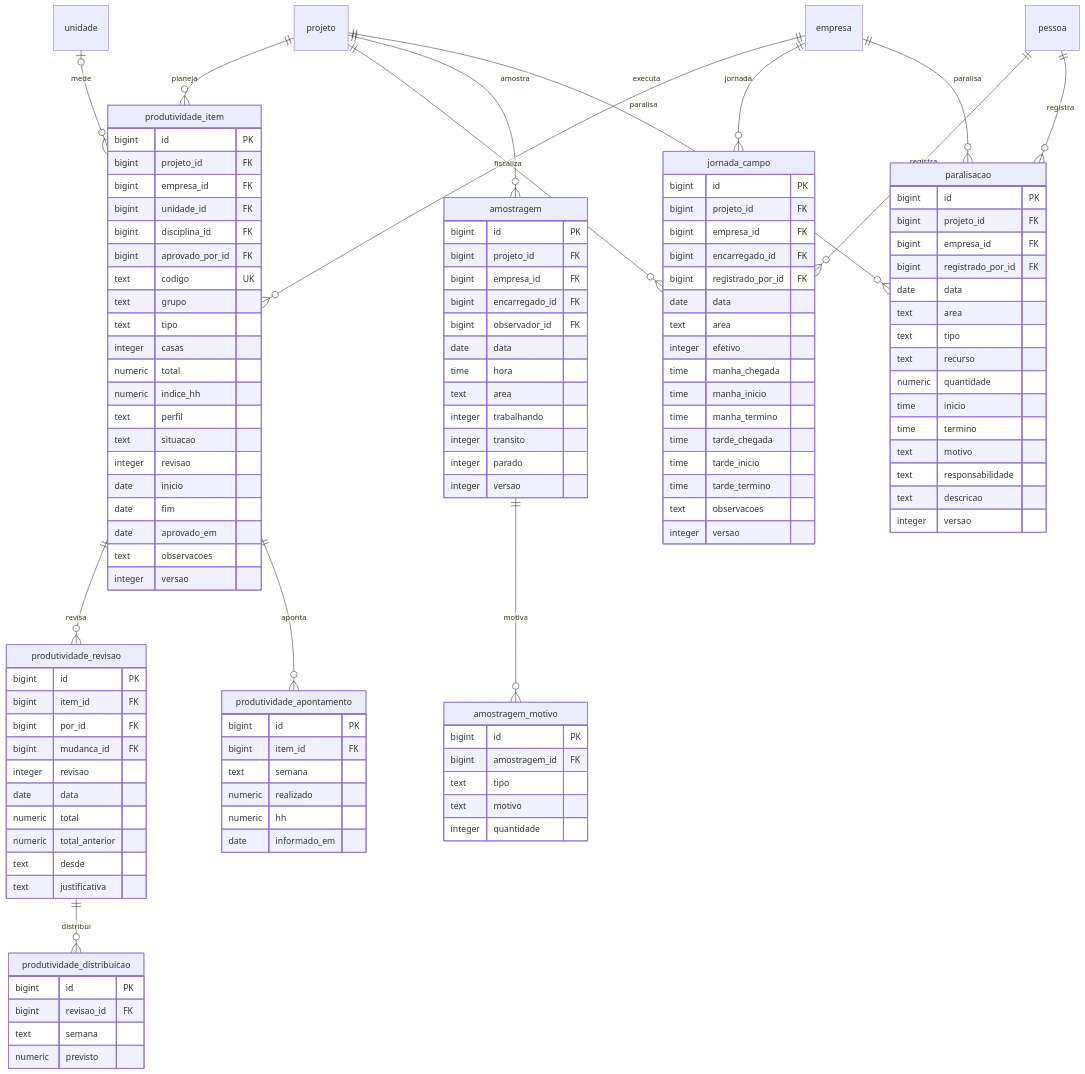
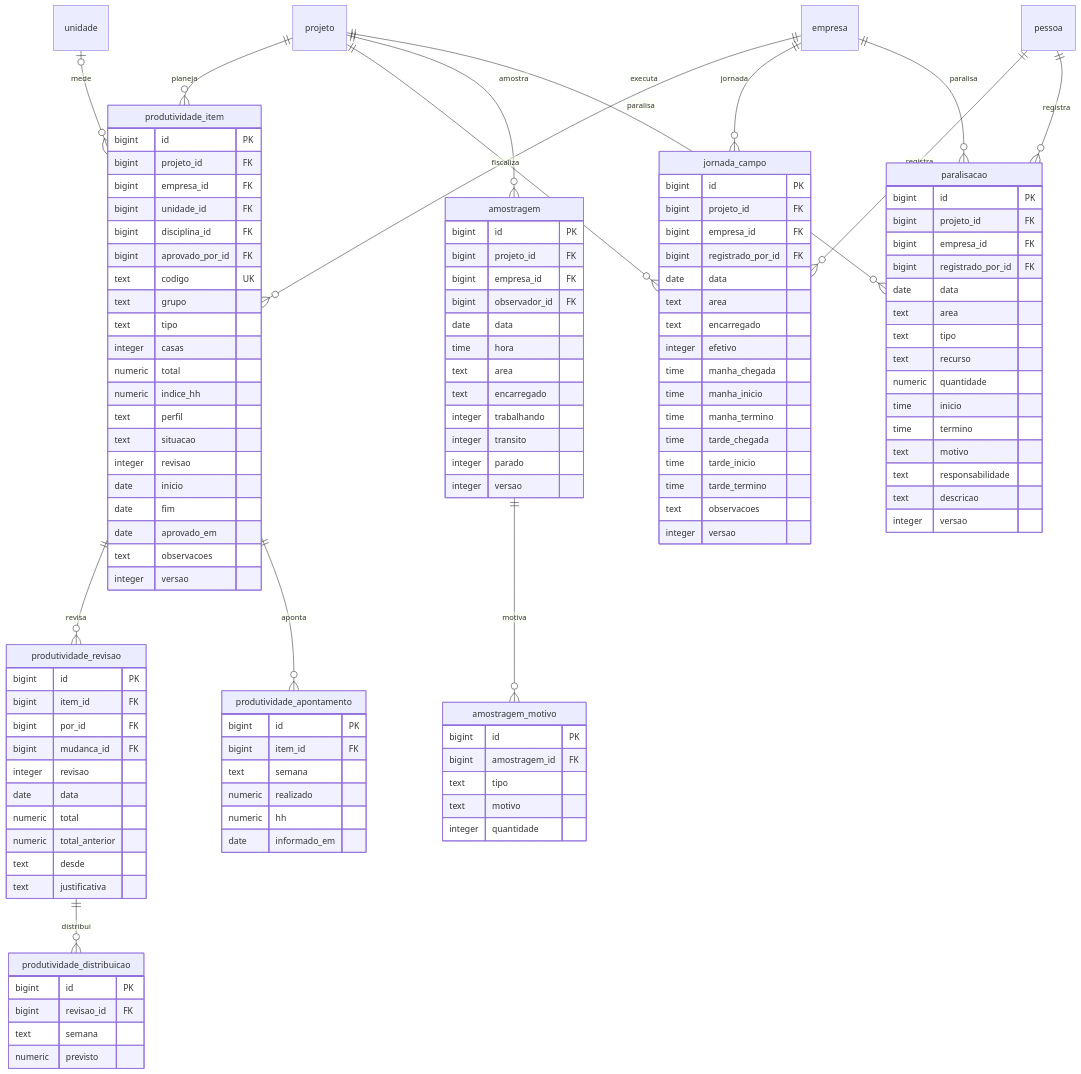
One commit to felipehbortolini/TNGO_GestNow changed the seventh of 14 diagrams in docs/MODELO-DE-DADOS.md. Above: the diagram before and after it, drawn with Mermaid. The commit also changed other lines of this file and 8 other files, not shown here.

```diff
--- a/docs/MODELO-DE-DADOS.md
+++ b/docs/MODELO-DE-DADOS.md
@@ -1064,10 +1064,10 @@
         bigint id PK
         bigint projeto_id FK
         bigint empresa_id FK
-        bigint encarregado_id FK
         bigint registrado_por_id FK
         date data
         text area
+        text encarregado
         integer efetivo
         time manha_chegada
         time manha_inicio
@@ -1082,11 +1082,11 @@
         bigint id PK
         bigint projeto_id FK
         bigint empresa_id FK
-        bigint encarregado_id FK
         bigint observador_id FK
         date data
         time hora
         text area
+        text encarregado
         integer trabalhando
         integer transito
         integer parado
```
